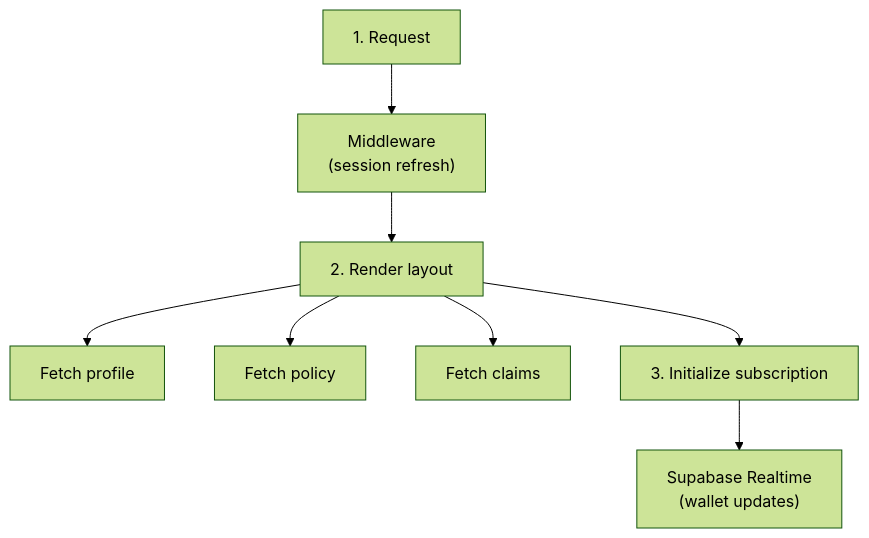
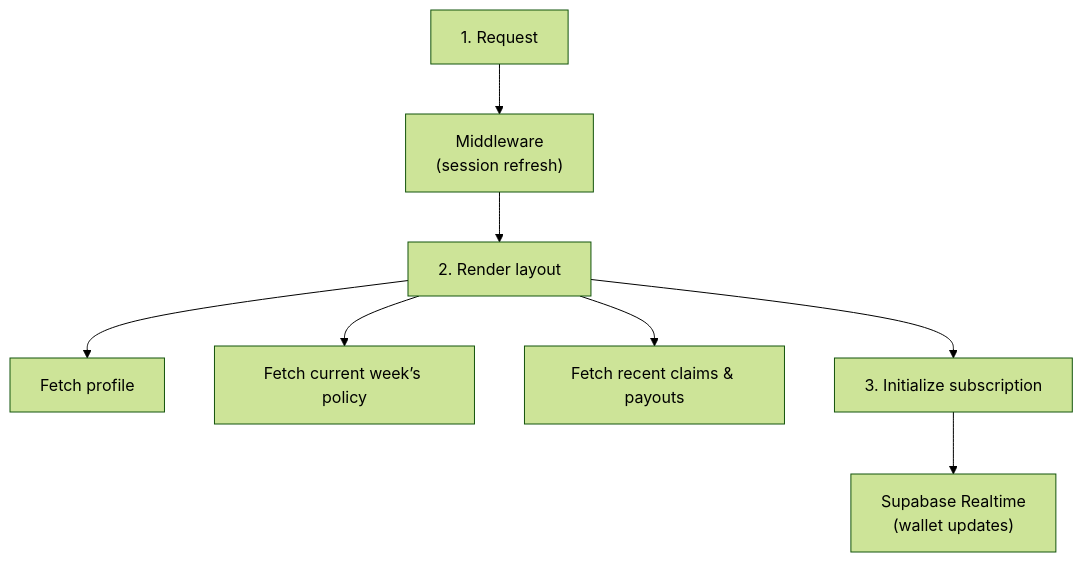
The second of 4 diagrams in Docs/src/content/docs/architecture.mdx (lohitkolluri/Oasis), drawn with Mermaid (forest theme) before and after one commit. The commit also changed other lines of this file and 9 other files, not shown here.

````diff
--- a/Docs/src/content/docs/architecture.mdx
+++ b/Docs/src/content/docs/architecture.mdx
@@ -43,10 +55,10 @@
 ```mermaid
 flowchart TB
     RQ["1. Request"] --> MW["Middleware\n(session refresh)"]
     MW --> RL["2. Render layout"]
     RL --> FP["Fetch profile"]
-    RL --> FPol["Fetch policy"]
-    RL --> FC["Fetch claims"]
+    RL --> FPol["Fetch current week’s policy"]
+    RL --> FC["Fetch recent claims & payouts"]
     RL --> SUB["3. Initialize subscription"]
     SUB --> RT["Supabase Realtime\n(wallet updates)"]
 ```
````
